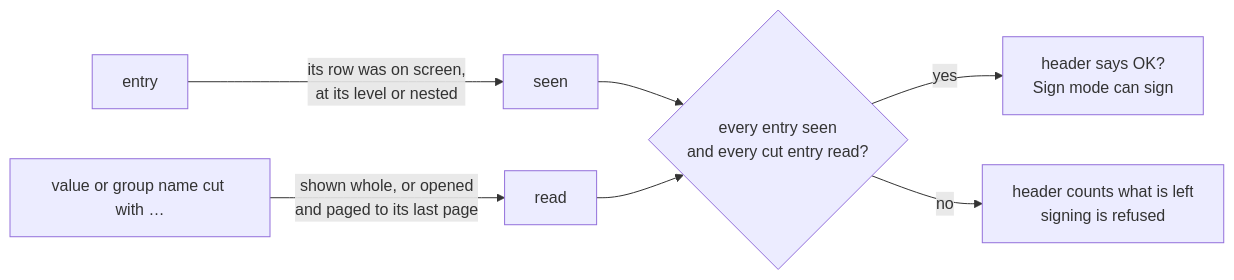
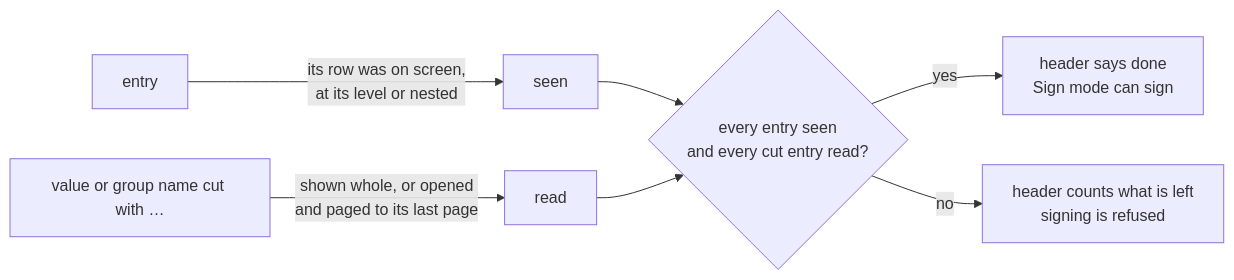
The third of 3 diagrams in docs/architecture/review.md (paolino/air-gap-signer), drawn with Mermaid before and after one commit. The commit also changed other lines of this file and 3 other files, not shown here.

First line of the commit message:
fix: review header names the mode; done instead of OK?

````diff
--- a/docs/architecture/review.md
+++ b/docs/architecture/review.md
@@ -130,9 +131,9 @@
 ```mermaid
 flowchart LR
     E["entry"] -->|"its row was on screen,<br/>at its level or nested"| S["seen"]
     V["value or group name cut with …"] -->|"shown whole, or opened<br/>and paged to its last page"| R["read"]
     S --> C{"every entry seen<br/>and every cut entry read?"}
     R --> C
-    C -->|yes| OK["header says OK?<br/>Sign mode can sign"]
+    C -->|yes| OK["header says done<br/>Sign mode can sign"]
     C -->|no| N["header counts what is left<br/>signing is refused"]
 ```
````
